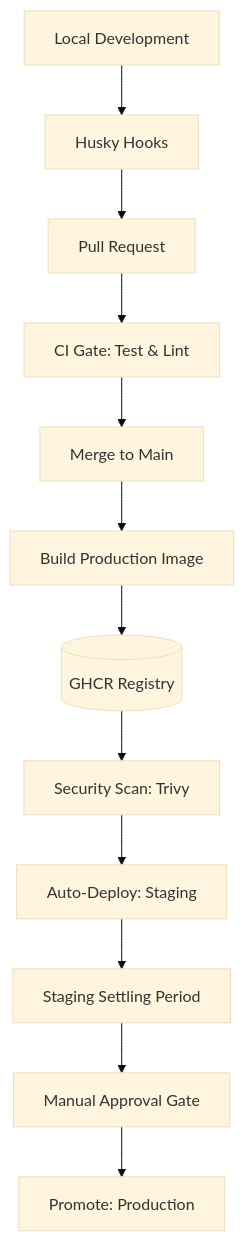
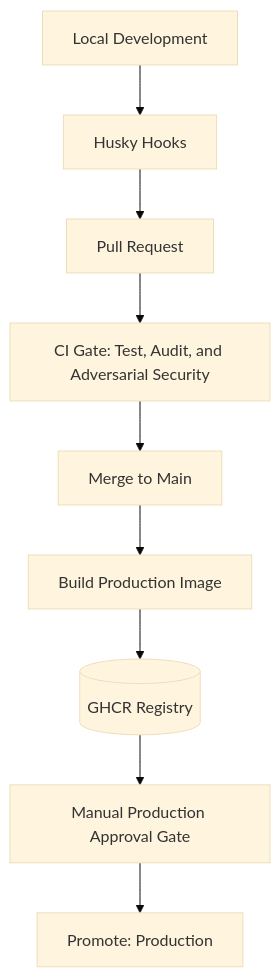
One commit to phalanxduel/phalanxduel changed the diagram in docs/deployment.md. Above: the diagram before and after it, drawn with Mermaid (base theme). The commit also changed other lines of this file and 19 other files, not shown here.

````diff
--- a/docs/deployment.md
+++ b/docs/deployment.md
@@ -13,14 +16,11 @@
 ```mermaid
 graph TD
     Dev[Local Development] --> Husky[Husky Hooks]
     Husky --> PR[Pull Request]
-    PR --> CI[CI Gate: Test & Lint]
+    PR --> CI[CI Gate: Test, Audit, and Adversarial Security]
     CI --> Merge[Merge to Main]
     Merge --> Build[Build Production Image]
     Build --> GHCR[(GHCR Registry)]
-    GHCR --> Scan[Security Scan: Trivy]
-    Scan --> Staging[Auto-Deploy: Staging]
-    Staging --> Settle[Staging Settling Period]
-    Settle --> Manual[Manual Approval Gate]
+    GHCR --> Manual[Manual Production Approval Gate]
     Manual --> Production[Promote: Production]
 ```
````
